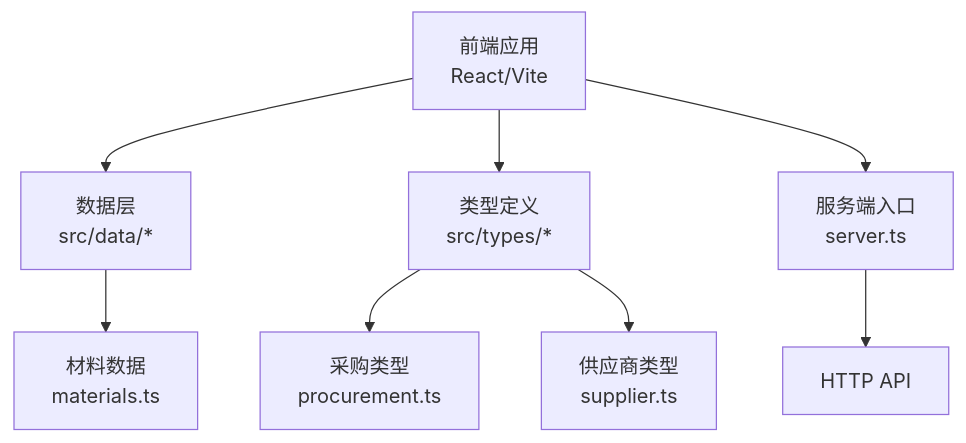
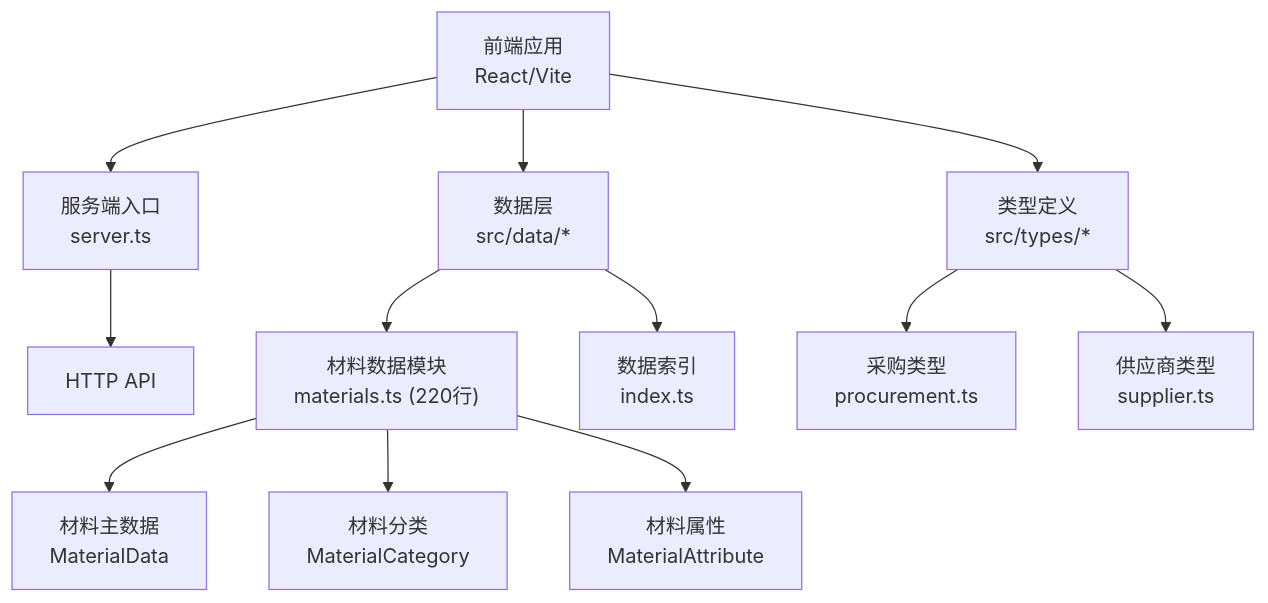
Before and after one commit to Hu-Right/supply-os: the first of 12 diagrams in .qoder/repowiki/zh/content/数据管理/材料数据管理.md, drawn with Mermaid. The commit also changed other lines of this file and 33 other files, not shown here.

````diff
--- a/.qoder/repowiki/zh/content/数据管理/材料数据管理.md
+++ b/.qoder/repowiki/zh/content/数据管理/材料数据管理.md
@@ -31,10 +40,14 @@
 ```mermaid
 graph TB
 A["前端应用<br/>React/Vite"] --> B["数据层<br/>src/data/*"]
 A --> C["类型定义<br/>src/types/*"]
 A --> D["服务端入口<br/>server.ts"]
 D --> E["HTTP API"]
-B --> F["材料数据<br/>materials.ts"]
-C --> G["采购类型<br/>procurement.ts"]
-C --> H["供应商类型<br/>supplier.ts"]
+B --> F["材料数据模块<br/>materials.ts (220行)"]
+B --> G["数据索引<br/>index.ts"]
+C --> H["采购类型<br/>procurement.ts"]
+C --> I["供应商类型<br/>supplier.ts"]
+F --> J["材料主数据<br/>MaterialData"]
+F --> K["材料分类<br/>MaterialCategory"]
+F --> L["材料属性<br/>MaterialAttribute"]
 ```
````
